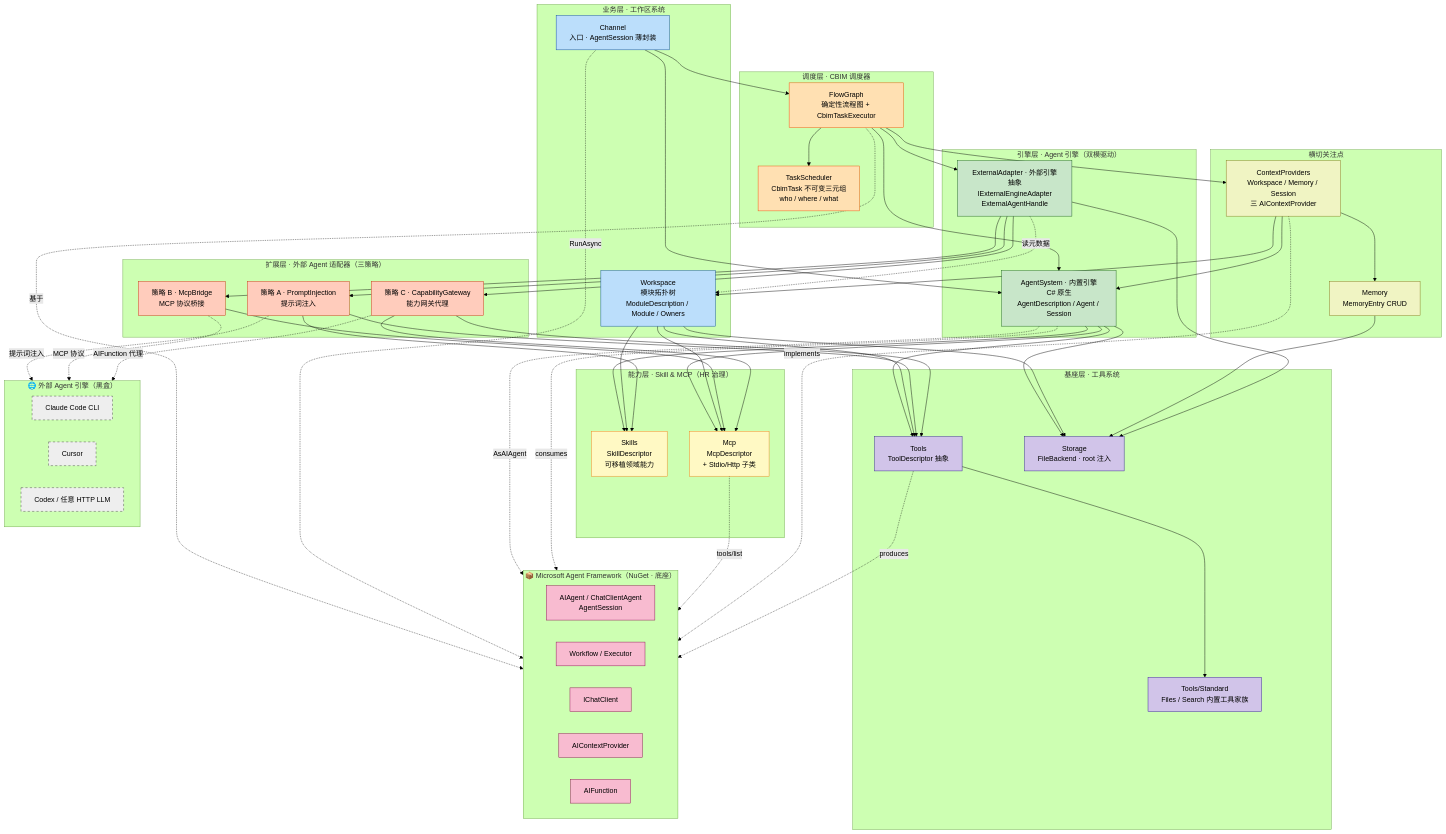
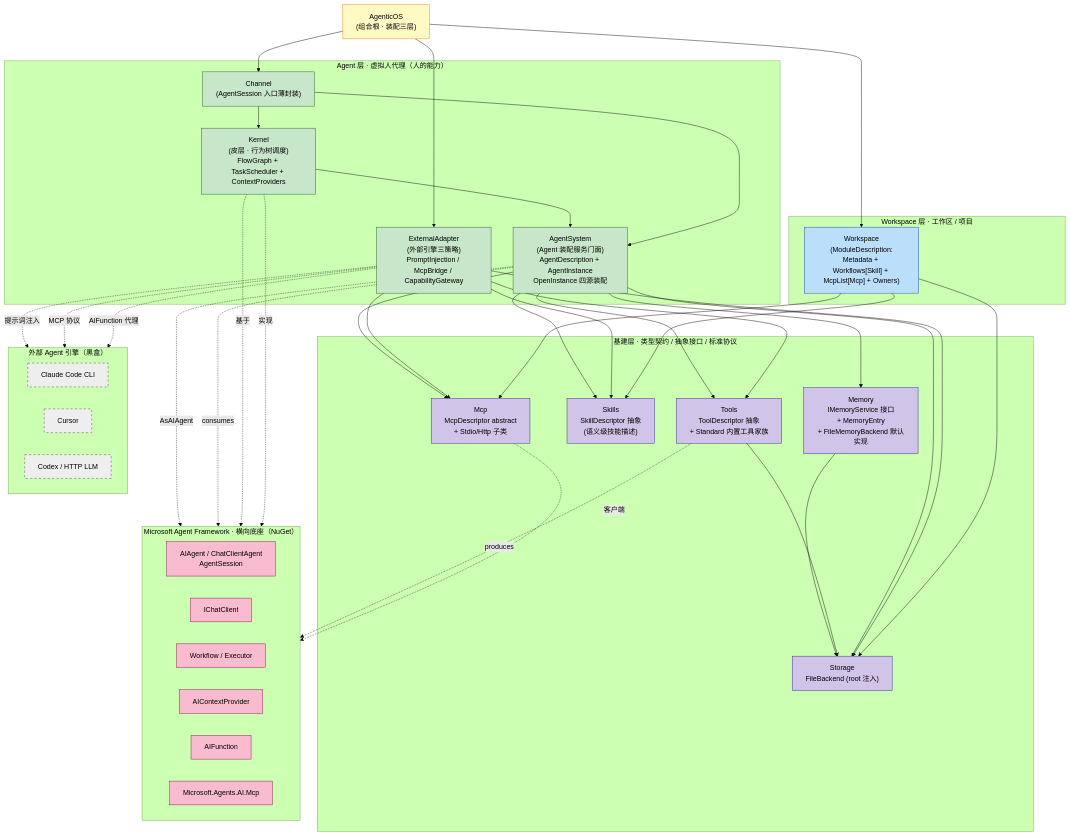
One commit to nan023062/agent-team-cc changed the first of 2 diagrams in v2/cbim/Assets/CBIM/_ARCHITECTURE.md. Above: the diagram before and after it, drawn with Mermaid (forest theme). The commit also changed other lines of this file and 22 other files, not shown here.

First line of the commit message:
refactor(v2): collapse six-layer model into three-layer (Foundation / Agent / Workspace)

````diff
--- a/v2/cbim/Assets/CBIM/_ARCHITECTURE.md
+++ b/v2/cbim/Assets/CBIM/_ARCHITECTURE.md
@@ -46,130 +101,94 @@
 ```mermaid
 flowchart TB
-    classDef scheduling fill:#ffe0b2,stroke:#e65100,color:#000
-    classDef engine fill:#c8e6c9,stroke:#1b5e20,color:#000
-    classDef business fill:#bbdefb,stroke:#0d47a1,color:#000
-    classDef capability fill:#fff9c4,stroke:#f57f17,color:#000
-    classDef foundation fill:#d1c4e9,stroke:#311b92,color:#000
-    classDef extension fill:#ffccbc,stroke:#bf360c,color:#000
+    classDef infra fill:#d1c4e9,stroke:#311b92,color:#000
+    classDef agent fill:#c8e6c9,stroke:#1b5e20,color:#000
+    classDef workspace fill:#bbdefb,stroke:#0d47a1,color:#000
     classDef msai fill:#f8bbd0,stroke:#880e4f,color:#000
     classDef external fill:#eeeeee,stroke:#424242,color:#000,stroke-dasharray:5 5
-    classDef cross fill:#f0f4c3,stroke:#827717,color:#000
+    classDef root fill:#fff9c4,stroke:#f57f17,color:#000
 
-    subgraph SchedulingLayer["调度层 · CBIM 调度器"]
-        FG["FlowGraph<br/>确定性流程图 + CbimTaskExecutor"]
-        TS["TaskScheduler<br/>CbimTask 不可变三元组<br/>who / where / what"]
-        FG --> TS
+    subgraph InfraLayer["基建层 · 类型契约 / 抽象接口 / 标准协议"]
+        T["Tools<br/>ToolDescriptor 抽象<br/>+ Standard 内置工具家族"]
+        SK["Skills<br/>SkillDescriptor 抽象<br/>(语义级技能描述)"]
+        MC["Mcp<br/>McpDescriptor abstract<br/>+ Stdio/Http 子类"]
+        MEM["Memory<br/>IMemoryService 接口<br/>+ MemoryEntry<br/>+ FileMemoryBackend 默认实现"]
+        STG["Storage<br/>FileBackend (root 注入)"]
+        MEM --> STG
+        T --> STG
     end
 
-    subgraph EngineLayer["引擎层 · Agent 引擎（双模驱动）"]
-        AS["AgentSystem · 内置引擎<br/>C# 原生<br/>AgentDescription / Agent / Session"]
-        EA["ExternalAdapter · 外部引擎抽象<br/>IExternalEngineAdapter<br/>ExternalAgentHandle"]
+    subgraph AgentLayer["Agent 层 · 虚拟人代理（人的能力）"]
+        AS["AgentSystem<br/>(Agent 装配服务门面)<br/>AgentDescription + AgentInstance<br/>OpenInstance 四源装配"]
+        EA["ExternalAdapter<br/>(外部引擎三策略)<br/>PromptInjection / McpBridge / CapabilityGateway"]
+        K["Kernel<br/>(皮层 · 行为树调度)<br/>FlowGraph + TaskScheduler + ContextProviders"]
+        CH["Channel<br/>(AgentSession 入口薄封装)"]
+
+        K --> AS
+        CH --> AS
+        CH --> K
     end
 
-    subgraph BusinessLayer["业务层 · 工作区系统"]
-        WS["Workspace<br/>模块拓扑树<br/>ModuleDescription / Module / Owners"]
-        CH["Channel<br/>入口 · AgentSession 薄封装"]
+    subgraph WorkspaceLayer["Workspace 层 · 工作区 / 项目"]
+        WS["Workspace<br/>(ModuleDescription:<br/>Metadata + Workflows[Skill] + McpList[Mcp] + Owners)"]
     end
 
-    subgraph CapabilityLayer["能力层 · Skill & MCP（HR 治理）"]
-        SK["Skills<br/>SkillDescriptor<br/>可移植领域能力"]
-        MCP["Mcp<br/>McpDescriptor<br/>+ Stdio/Http 子类"]
+    subgraph MSAI["Microsoft Agent Framework · 横向底座（NuGet）"]
+        direction LR
+        MSAgent["AIAgent / ChatClientAgent<br/>AgentSession"]
+        MSChat["IChatClient"]
+        MSWF["Workflow / Executor"]
+        MSCP["AIContextProvider"]
+        MSFn["AIFunction"]
+        MSMcp["Microsoft.Agents.AI.Mcp"]
     end
 
-    subgraph FoundationLayer["基座层 · 工具系统"]
-        T["Tools<br/>ToolDescriptor 抽象"]
-        TSTD["Tools/Standard<br/>Files / Search 内置工具家族"]
-        STG["Storage<br/>FileBackend · root 注入"]
-        T --> TSTD
-    end
-
-    subgraph ExtensionLayer["扩展层 · 外部 Agent 适配器（三策略）"]
-        SA["策略 A · PromptInjection<br/>提示词注入"]
-        SB["策略 B · McpBridge<br/>MCP 协议桥接"]
-        SC["策略 C · CapabilityGateway<br/>能力网关代理"]
-    end
-
-    subgraph CrossCutting["横切关注点"]
-        MEM["Memory<br/>MemoryEntry CRUD"]
-        CP["ContextProviders<br/>Workspace / Memory / Session<br/>三 AIContextProvider"]
-    end
-
-    subgraph MSAI["📦 Microsoft Agent Framework（NuGet · 底座）"]
-        direction LR
-        MSAgent["AIAgent / ChatClientAgent<br/>AgentSession"]
-        MSWF["Workflow / Executor"]
-        MSChat["IChatClient"]
-        MSCP["AIContextProvider"]
-        MSFn["AIFunction"]
-    end
-
-    subgraph ExternalEngines["🌐 外部 Agent 引擎（黑盒）"]
+    subgraph ExternalEngines["外部 Agent 引擎（黑盒）"]
         direction LR
         EXT_CC["Claude Code CLI"]
         EXT_CUR["Cursor"]
-        EXT_COD["Codex / 任意 HTTP LLM"]
+        EXT_COD["Codex / HTTP LLM"]
     end
 
-    %% 调度层 → 引擎层
-    FG --> AS
-    FG --> EA
-    FG --> CP
-    FG -.基于.-> MSWF
+    AOS["AgenticOS<br/>(组合根 · 装配三层)"]
 
-    %% 业务层 → 调度层 / 引擎层
-    CH --> FG
-    CH --> AS
-    CH -.RunAsync.-> MSAgent
+    %% Agent 层 → 基建层
+    AS --> MEM
+    AS --> T
+    AS --> SK
+    AS --> MC
+    AS --> STG
+    EA --> T
+    EA --> SK
+    EA --> MC
+    EA --> STG
 
-    %% 引擎层 → 能力层 + 基座层
-    AS --> SK
-    AS --> MCP
-    AS --> T
-    AS --> STG
+    %% Workspace 层 → 基建层（Agent 层 ⊥ Workspace 层）
+    WS --> MC
+    WS --> SK
+    WS --> STG
+
+    %% Agent 层 → Microsoft
     AS -.AsAIAgent.-> MSAgent
     AS -.consumes.-> MSChat
+    K -.基于.-> MSWF
+    K -.实现.-> MSCP
+    T -.produces.-> MSFn
+    MC -.客户端.-> MSMcp
 
-    %% 业务层 → 能力层 + 基座层
-    WS --> SK
-    WS --> MCP
-    WS --> T
-    WS --> STG
+    %% 外部引擎三策略 → 外部引擎进程（虚线 = 协议 / 进程边界）
+    EA -.提示词注入.-> EXT_CC
+    EA -.MCP 协议.-> EXT_CUR
+    EA -.AIFunction 代理.-> EXT_COD
 
-    %% 能力层 / 基座层 → Microsoft
-    T -.produces.-> MSFn
-    MCP -.tools/list.-> MSFn
+    %% 组合根 → 三层（仅装配）
+    AOS --> CH
+    AOS --> EA
+    AOS --> WS
 
-    %% 横切：ContextProviders 跨层注入
-    CP --> WS
-    CP --> AS
-    CP --> MEM
-    CP -.implements.-> MSCP
-    MEM --> STG
-
-    %% 扩展层（基于引擎层 ExternalAdapter）→ 三策略适配外部引擎
-    EA --> SA
-    EA --> SB
-    EA --> SC
-    SA --> SK
-    SA --> T
-    SB --> MCP
-    SC --> T
-    SC --> MCP
-    EA -.读元数据.-> WS
-    EA --> STG
-
-    %% 扩展层 → 外部引擎进程（虚线 = 协议/进程边界）
-    SA -.提示词注入.-> EXT_CC
-    SB -.MCP 协议.-> EXT_CUR
-    SC -.AIFunction 代理.-> EXT_COD
-
-    class FG,TS scheduling
-    class AS,EA engine
-    class WS,CH business
-    class SK,MCP capability
-    class T,TSTD,STG foundation
-    class SA,SB,SC extension
-    class MEM,CP cross
-    class MSAgent,MSChat,MSWF,MSCP,MSFn msai
+    class T,SK,MC,MEM,STG infra
+    class AS,EA,K,CH agent
+    class WS workspace
+    class MSAgent,MSChat,MSWF,MSCP,MSFn,MSMcp msai
     class EXT_CC,EXT_CUR,EXT_COD external
+    class AOS root
 ```
````
